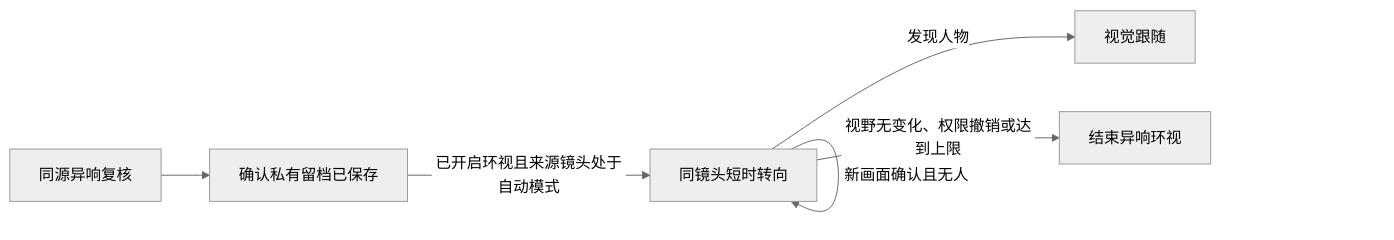
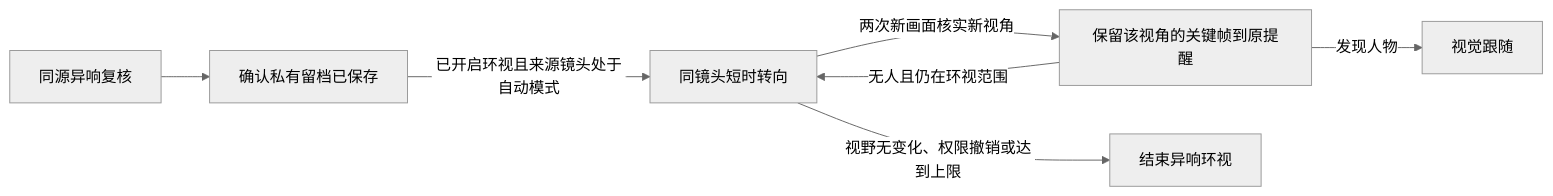
Before and after one commit to Geeprox/Friday: the fifth of 16 diagrams in docs/architecture.md, drawn with Mermaid (neutral theme). The commit also changed other lines of this file and 15 other files, not shown here.

````diff
--- a/docs/architecture.md
+++ b/docs/architecture.md
@@ -110,8 +110,9 @@
 ```mermaid
 flowchart LR
   A[同源异响复核] --> B[确认私有留档已保存]
   B -->|已开启环视且来源镜头处于自动模式| C[同镜头短时转向]
-  C -->|新画面确认且无人| C
-  C -->|发现人物| D[视觉跟随]
+  C -->|两次新画面核实新视角| F[保留该视角的关键帧到原提醒]
+  F -->|无人且仍在环视范围| C
+  F -->|发现人物| D[视觉跟随]
   C -->|视野无变化、权限撤销或达到上限| E[结束异响环视]
 ```
````
